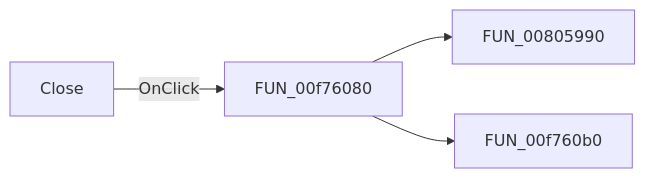
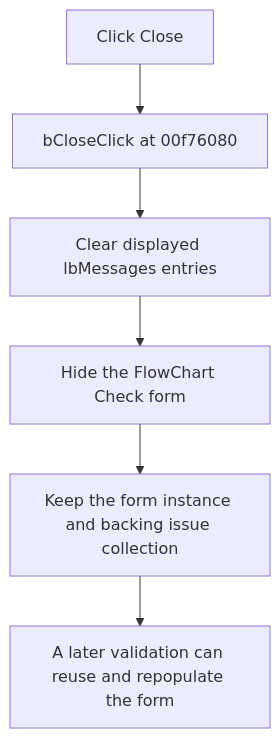
One commit to MovGP0/TIARA changed the diagram in docs/ui-controls/formflowchartcheck/bclose-2857e1e751.md. Above: the diagram before and after it, drawn with Mermaid. The commit also changed other lines of this file and 387 other files, not shown here.

````diff
--- a/docs/ui-controls/formflowchartcheck/bclose-2857e1e751.md
+++ b/docs/ui-controls/formflowchartcheck/bclose-2857e1e751.md
@@ -27,6 +31,8 @@
 ```mermaid
-flowchart LR
-    control["Close"] -->|OnClick| handler["FUN_00f76080"]
-    handler --> call1["FUN_00805990"]
-    handler --> call2["FUN_00f760b0"]
+flowchart TD
+    control["Click Close"] --> handler["bCloseClick at 00f76080"]
+    handler --> clearList["Clear displayed lbMessages entries"]
+    clearList --> hideForm["Hide the FlowChart Check form"]
+    hideForm --> retained["Keep the form instance and backing issue collection"]
+    retained --> laterRun["A later validation can reuse and repopulate the form"]
 ```
````
